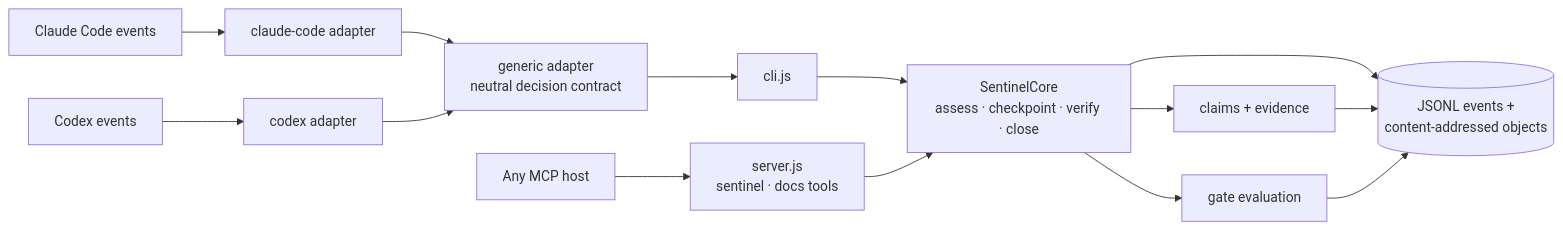
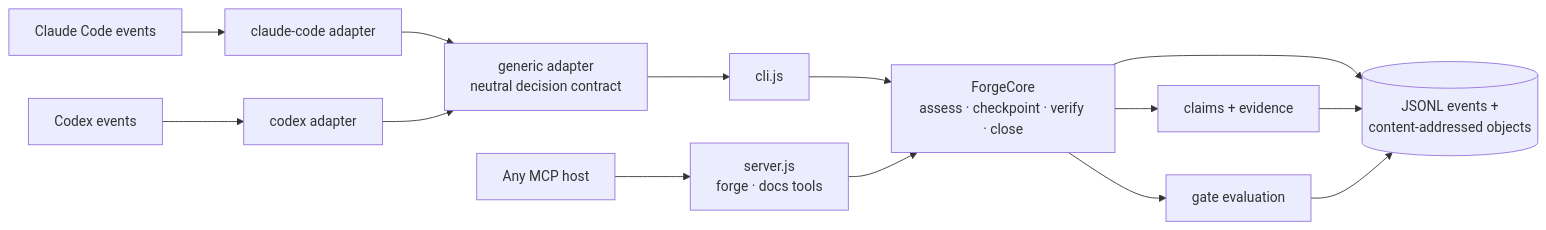
Before and after one commit to Orthic-Labs/Sentinel: the second of 2 diagrams in README.md, drawn with Mermaid. The commit also changed other lines of this file and 48 other files, not shown here.

Commit message:
rename: Sentinel -> Forge (repo, package, docs, hooks)

````diff
--- a/README.md
+++ b/README.md
@@ -63,16 +63,16 @@
 ```mermaid
 flowchart LR
     CC[Claude Code events] --> H1[claude-code adapter]
     CX[Codex events] --> H2[codex adapter]
     H1 --> G[generic adapter<br/>neutral decision contract]
     H2 --> G
     G --> CLI[cli.js]
-    MCP[Any MCP host] --> SRV[server.js<br/>sentinel · docs tools]
-    CLI --> CORE[SentinelCore<br/>assess · checkpoint · verify · close]
+    MCP[Any MCP host] --> SRV[server.js<br/>forge · docs tools]
+    CLI --> CORE[ForgeCore<br/>assess · checkpoint · verify · close]
     SRV --> CORE
     CORE --> CL[claims + evidence]
     CORE --> GT[gate evaluation]
     CORE --> ST[(JSONL events +<br/>content-addressed objects)]
     CL --> ST
     GT --> ST
 ```
````
